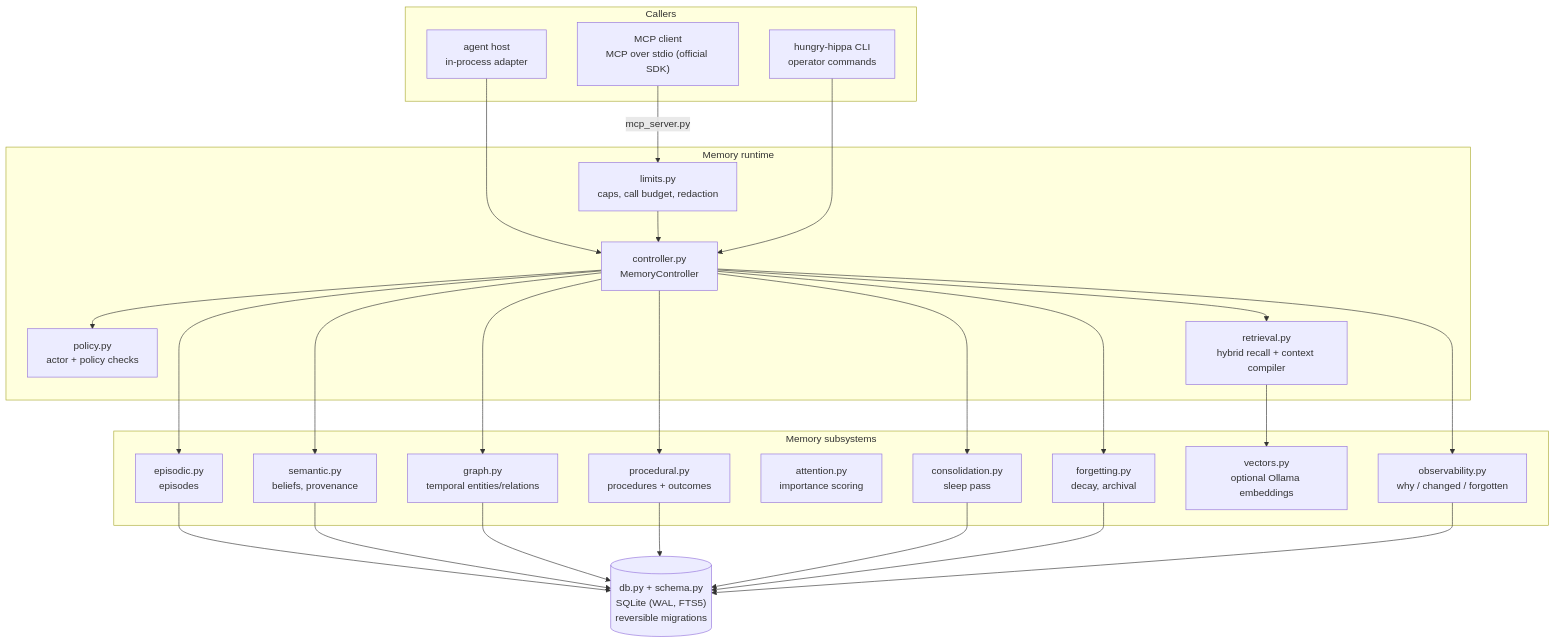
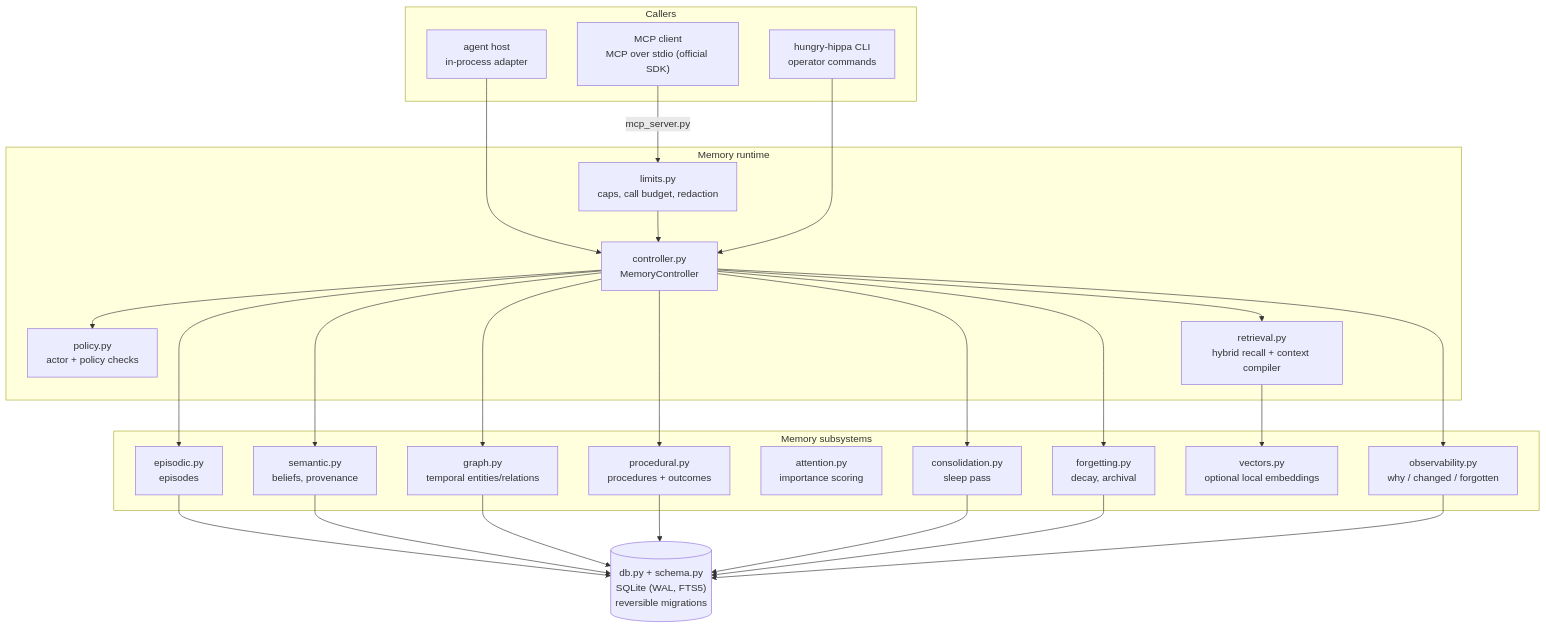
Before and after one commit to TRUE-BLUE-INDUSTRIES/hungry-hippa: the diagram in README.md, drawn with Mermaid. The commit also changed other lines of this file and 6 other files, not shown here.

First line of the commit message:
feat: local embeddings via LM Studio OpenAI-compat

````diff
--- a/README.md
+++ b/README.md
@@ -133,51 +133,51 @@
 ```mermaid
 flowchart TB
     subgraph clients["Callers"]
         HOST["agent host<br/>in-process adapter"]
         MCPC["MCP client<br/>MCP over stdio (official SDK)"]
         CLI["hungry-hippa CLI<br/>operator commands"]
     end
 
     subgraph runtime["Memory runtime"]
         CTRL["controller.py<br/>MemoryController"]
         POLICY["policy.py<br/>actor + policy checks"]
         LIMITS["limits.py<br/>caps, call budget, redaction"]
         RET["retrieval.py<br/>hybrid recall + context compiler"]
     end
 
     subgraph memory["Memory subsystems"]
         EPI["episodic.py<br/>episodes"]
         SEM["semantic.py<br/>beliefs, provenance"]
         GRAPH["graph.py<br/>temporal entities/relations"]
         PROC["procedural.py<br/>procedures + outcomes"]
         ATTN["attention.py<br/>importance scoring"]
         CONS["consolidation.py<br/>sleep pass"]
         FORG["forgetting.py<br/>decay, archival"]
-        VEC["vectors.py<br/>optional Ollama embeddings"]
+        VEC["vectors.py<br/>optional local embeddings"]
         OBS["observability.py<br/>why / changed / forgotten"]
     end
 
     DB[("db.py + schema.py<br/>SQLite (WAL, FTS5)<br/>reversible migrations")]
 
     HOST --> CTRL
     MCPC -->|"mcp_server.py"| LIMITS
     LIMITS --> CTRL
     CLI --> CTRL
     CTRL --> POLICY
     CTRL --> RET
     CTRL --> EPI
     CTRL --> SEM
     CTRL --> GRAPH
     CTRL --> PROC
     CTRL --> CONS
     CTRL --> FORG
     CTRL --> OBS
     RET --> VEC
     EPI --> DB
     SEM --> DB
     GRAPH --> DB
     PROC --> DB
     CONS --> DB
     FORG --> DB
     OBS --> DB
 ```
````
